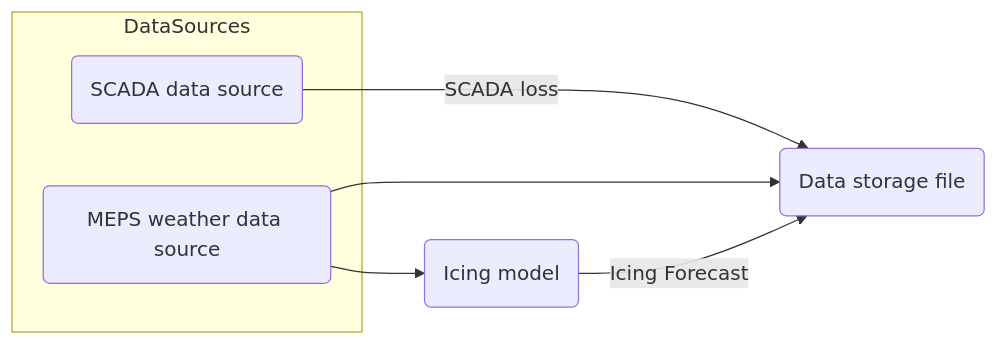
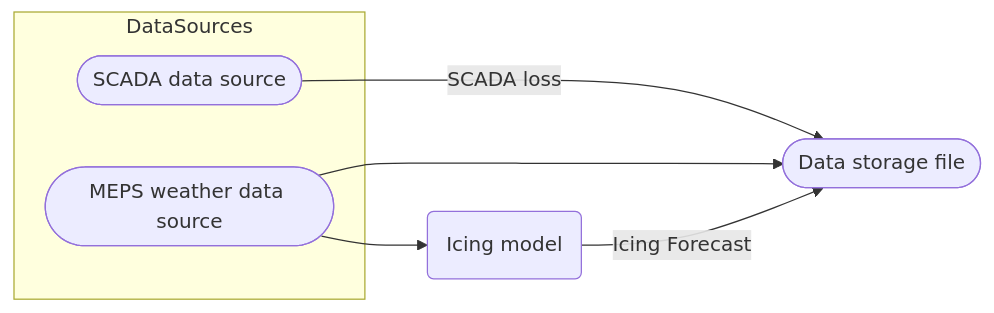
The diagram in README.md (markusrupp/icing_flowshart), drawn with Mermaid before and after one commit. The commit also changed other lines of this file, not shown here.

````diff
--- a/README.md
+++ b/README.md
@@ -17,12 +17,12 @@
 ```mermaid
 flowchart LR
     subgraph DataSources
-        SCADA(SCADA data source)
-        MEPS(MEPS weather data source)
+        SCADA([SCADA data source])
+        MEPS([MEPS weather data source])
     end
 
-    SCADA -->|SCADA loss| DSF(Data storage file)
+    SCADA -->|SCADA loss| DSF([Data storage file])
     MEPS --> DSF
     MEPS --> IM(Icing model)
     IM -->|Icing Forecast| DSF
 ```
````
